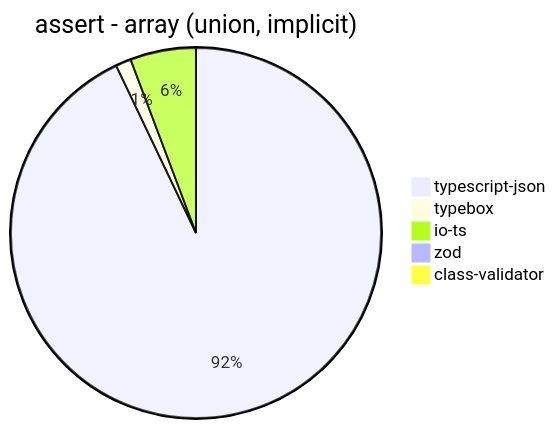
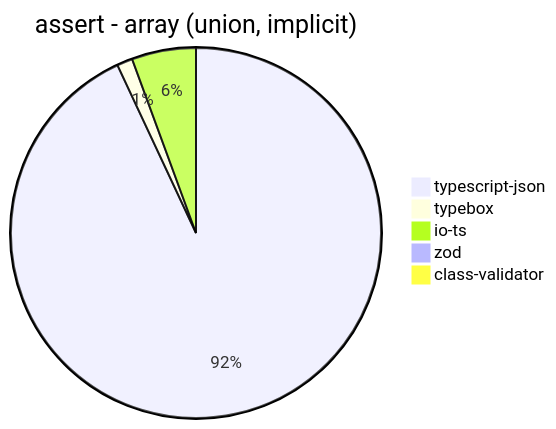
One commit to samchon/typia changed diagram 15 of 39 in benchmark/results/AMD Ryzen 9 5900HX with Radeon Graphics.md. Above: the diagram before and after it, drawn with Mermaid. The commit also changed other lines of this file and 3 other files, not shown here.

````diff
--- a/benchmark/results/AMD Ryzen 9 5900HX with Radeon Graphics.md
+++ b/benchmark/results/AMD Ryzen 9 5900HX with Radeon Graphics.md
@@ -186,8 +186,8 @@
 ```mermaid
 pie title assert - array (union, implicit)
-  "typescript-json": 2001.2655939251492
-  "typebox": 29.057930779196745
-  "io-ts": 123.61865517887244
-  "zod": 3.970504821327283
-  "class-validator": 9.743774810537712
+  "typescript-json": 2004.5720555961962
+  "typebox": 29.389600602863602
+  "io-ts": 120.72138387927862
+  "zod": 3.9727582292849037
+  "class-validator": 9.818451278251205
 ```
````
